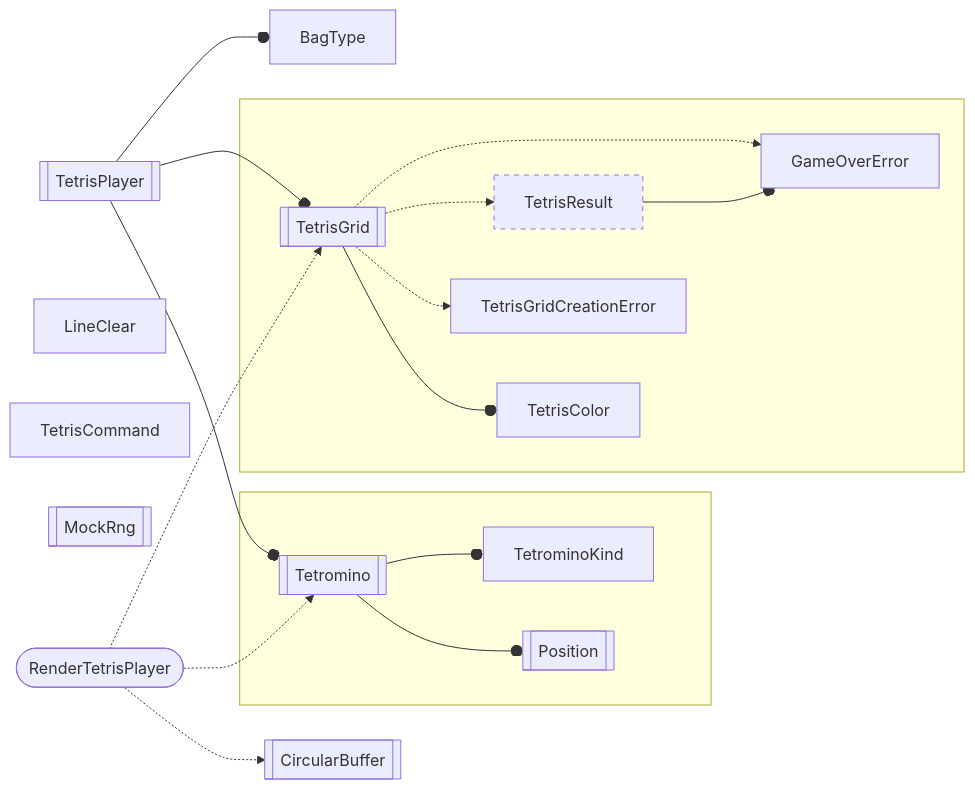
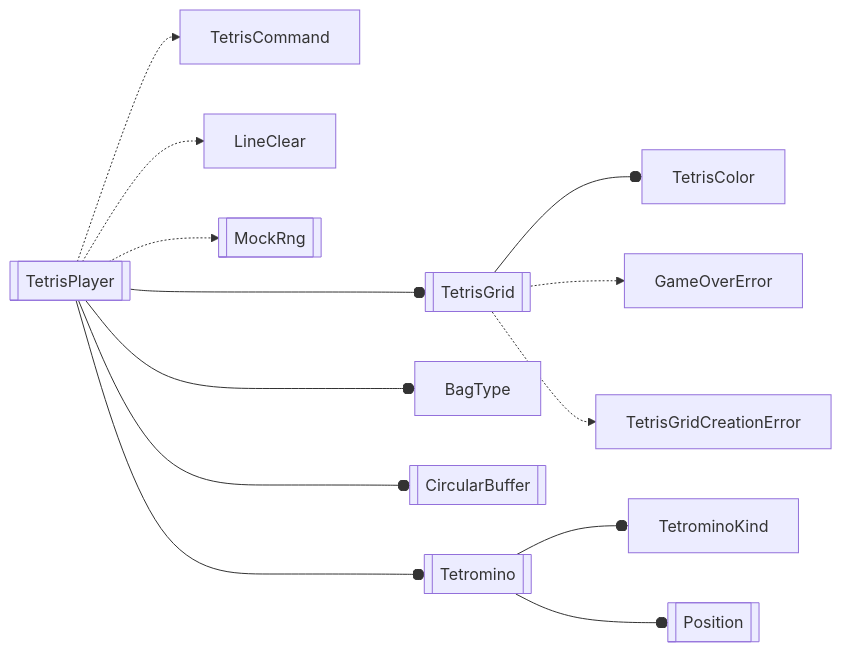
The diagram in core_tetris/src/core_tetris.mmd (inesvar/tetris), drawn with Mermaid before and after one commit. The commit also changed 3 other files, not shown here.

Commit message:
core_tetris: Update mermaid graphs

```diff
--- a/core_tetris/src/core_tetris.mmd
+++ b/core_tetris/src/core_tetris.mmd
@@ -1,47 +1,39 @@
 graph LR
     %% objects
-    BagType[BagType]
+    TetrisPlayer[[TetrisPlayer]]
+
     TetrisGrid[[TetrisGrid]]
+    TetrisColor[TetrisColor]
     GameOverError[GameOverError]
-    TetrisResult[TetrisResult]
-    Tetromino[[Tetromino]]
-    Position[[Position]]
-    TetrisColor[TetrisColor]
-    TetrisPlayer[[TetrisPlayer]]
-    LineClear[LineClear]
-    TetrisCommand[TetrisCommand]
-    MockRng[[MockRng]]
-    TetrominoKind[TetrominoKind]
-    RenderTetrisPlayer([RenderTetrisPlayer])
-    CircularBuffer[[CircularBuffer]]
     TetrisGridCreationError[TetrisGridCreationError]
 
-    RenderTetrisPlayer -.-> CircularBuffer
+    BagType[BagType]
+    CircularBuffer[[CircularBuffer]]
+    Tetromino[[Tetromino]]
+    TetrominoKind[TetrominoKind]
+    Position[[Position]]
 
-    TetrisPlayer
-    MockRng
-    RenderTetrisPlayer
-
-    TetrisPlayer --o Tetromino
-    RenderTetrisPlayer -.-> Tetromino
-
-    subgraph tetromino[" "]
-        Tetromino --o Position
-        Tetromino --o TetrominoKind
-    end
+    TetrisCommand[TetrisCommand]
+    LineClear[LineClear]
+    MockRng[[MockRng]]
 
 
-    subgraph tetris_grid[" "]
+    TetrisPlayer -.-> TetrisCommand
+    TetrisPlayer -.-> MockRng
+    TetrisPlayer -.-> LineClear
+
+    TetrisPlayer ---o TetrisGrid
+    %% subgraph tetris_grid[" "]
         TetrisGrid --o TetrisColor
+        TetrisGrid -.-> GameOverError
         TetrisGrid -.-> TetrisGridCreationError
-        TetrisGrid -.-> TetrisResult
-        TetrisResult --o GameOverError
-        TetrisGrid -.-> GameOverError
-    end
+    %% end
 
-    RenderTetrisPlayer -.-> TetrisGrid
-    TetrisPlayer --o TetrisGrid
-    TetrisPlayer --o BagType
-    LineClear
+    TetrisPlayer ---o CircularBuffer
+    TetrisPlayer ---o BagType
 
-    style TetrisResult stroke-dasharray: 5 5;
+    TetrisPlayer ---o Tetromino
+    %% subgraph tetromino[" "]
+        Tetromino --o TetrominoKind
+        Tetromino --o Position
+    %% end
```
